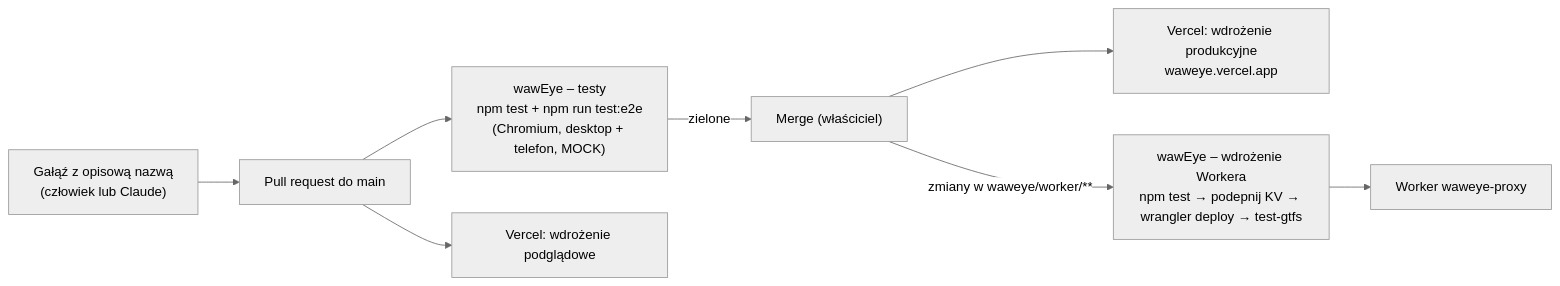
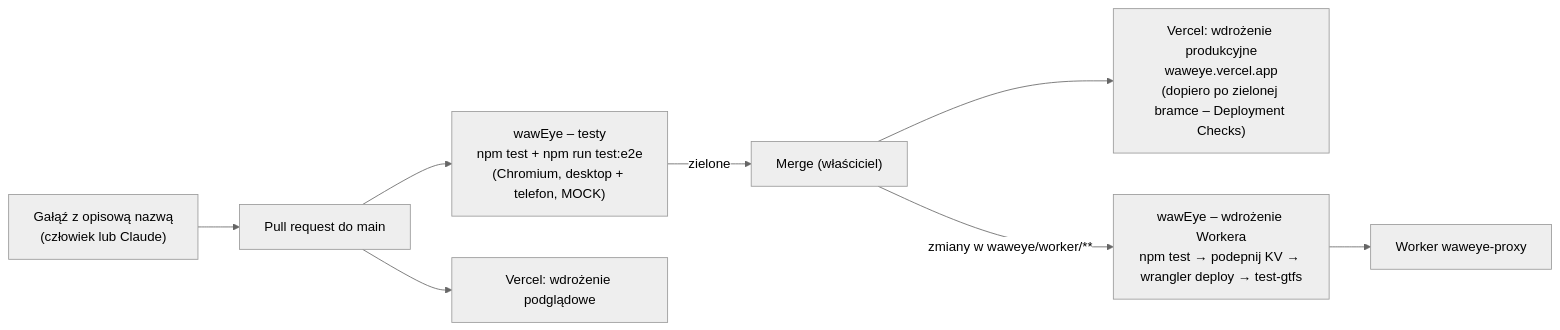
One commit to pacy2u/waweye changed diagram 11 of 14 in waweye/ARCHITEKTURA.md. Above: the diagram before and after it, drawn with Mermaid (neutral theme). The commit also changed other lines of this file and 2 other files, not shown here.

Commit message:
Dokumentacja: stan kroków ręcznych P0 (Vercel, UptimeRobot, Dependabot, reguła main)
Plan naprawczy: P0 zamknięte poza dwutygodniową obserwacją A4, P1 zrobione
w kodzie. Raport testów: luki #1, #4, #7 z wynikiem. Architektura: zewnętrzny
monitor i produkcja Vercel po zielonej bramce.

Claude-Session: https://claude.ai/code/session_01RQQLCGS3emUTZBPSQFTW24

````diff
--- a/waweye/ARCHITEKTURA.md
+++ b/waweye/ARCHITEKTURA.md
@@ -389,10 +389,10 @@
 ```mermaid
 flowchart LR
     DEVR["Gałąź z opisową nazwą<br/>(człowiek lub Claude)"] --> PR["Pull request do main"]
     PR --> T["wawEye – testy<br/>npm test + npm run test:e2e<br/>(Chromium, desktop + telefon, MOCK)"]
     PR --> PV["Vercel: wdrożenie podglądowe"]
     T -->|zielone| MG["Merge (właściciel)"]
-    MG --> PROD["Vercel: wdrożenie produkcyjne<br/>waweye.vercel.app"]
+    MG --> PROD["Vercel: wdrożenie produkcyjne<br/>waweye.vercel.app<br/>(dopiero po zielonej bramce – Deployment Checks)"]
     MG -->|zmiany w waweye/worker/**| WD["wawEye – wdrożenie Workera<br/>npm test → podepnij KV → wrangler deploy → test-gtfs"]
     WD --> CFW["Worker waweye-proxy"]
 ```
````
